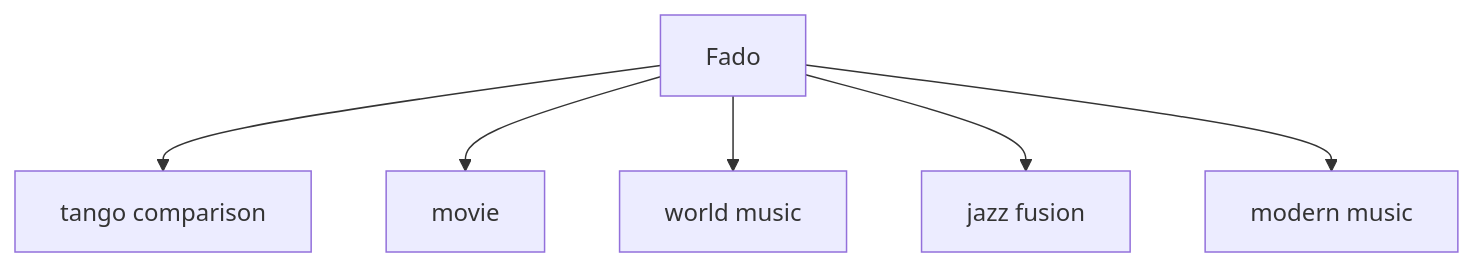
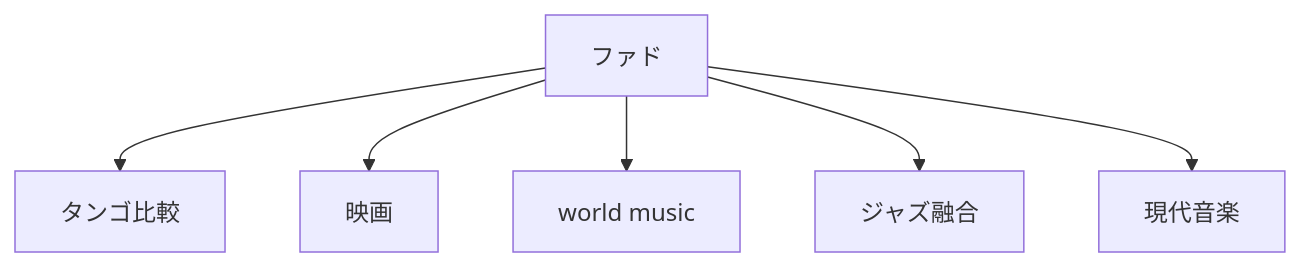
One commit to monumental-movement/monumental-movement.github.io changed the tenth of 12 diagrams in en/_posts/2026-05-16-column-fado.md. Above: the diagram before and after it, drawn with Mermaid. The commit also changed other lines of this file and 2196 other files, not shown here.

```diff
--- a/en/_posts/2026-05-16-column-fado.md
+++ b/en/_posts/2026-05-16-column-fado.md
@@ -509,8 +508,8 @@
 <div class="mermaid">
 flowchart TD
-A[Fado] --> B[tango comparison]
-A --> C[movie]
+A[ファド] --> B[タンゴ比較]
+A --> C[映画]
 A --> D[world music]
-A --> E[jazz fusion]
-A --> F[modern music]
+A --> E[ジャズ融合]
+A --> F[現代音楽]
 </div>
```
